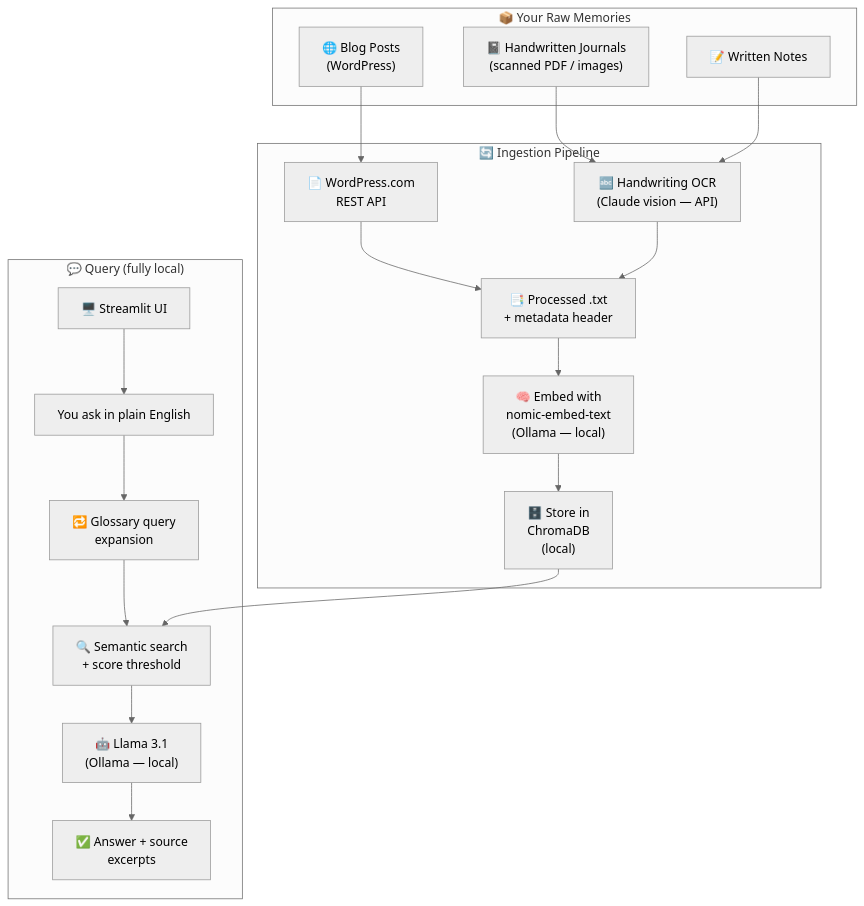
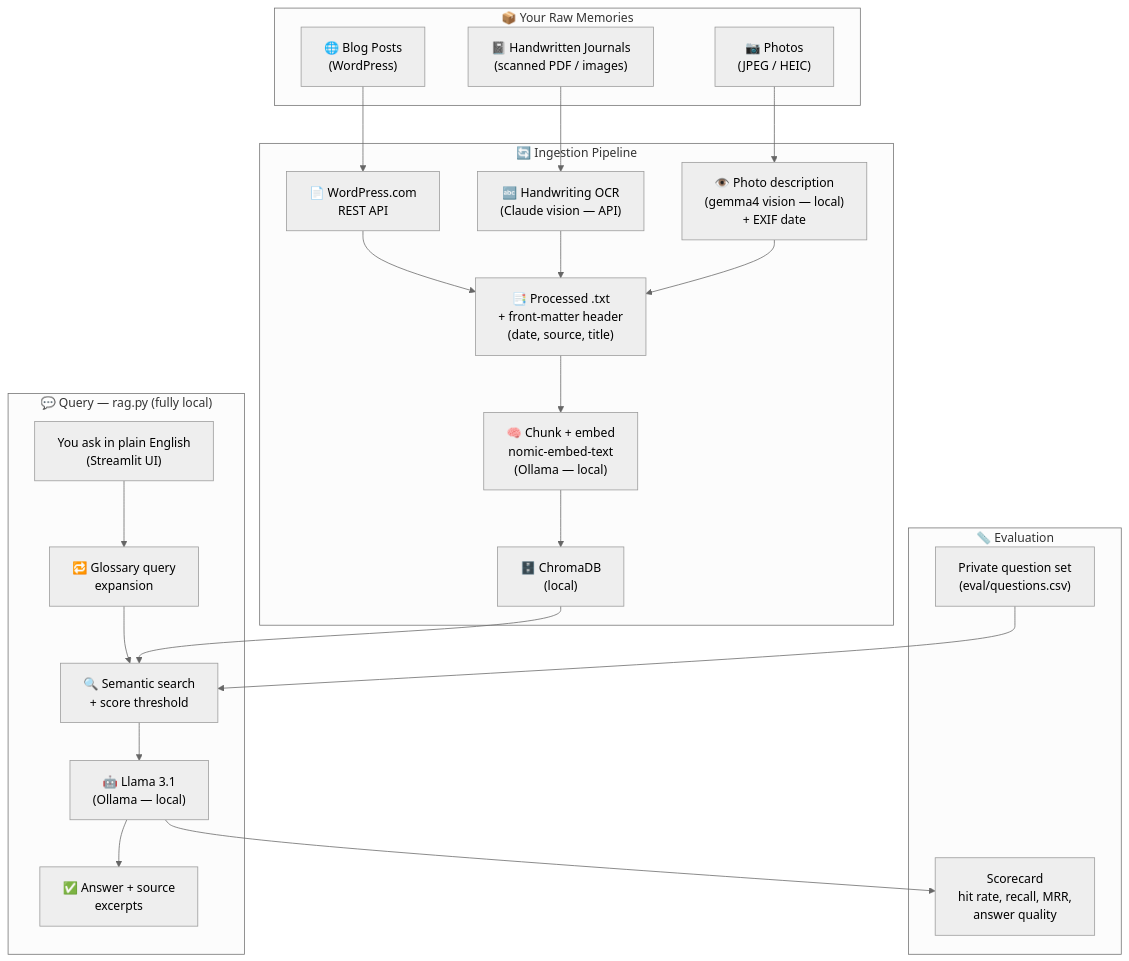
One commit to praveenkottayi/along-the-memory-lane changed the diagram in README.md. Above: the diagram before and after it, drawn with Mermaid (neutral theme). The commit also changed other lines of this file and 4 other files, not shown here.

````diff
--- a/README.md
+++ b/README.md
@@ -14,33 +14,41 @@
 ```mermaid
 flowchart TD
     subgraph INPUT["📦 Your Raw Memories"]
         J["📓 Handwritten Journals\n(scanned PDF / images)"]
         B["🌐 Blog Posts\n(WordPress)"]
-        N["📝 Written Notes"]
+        P["📷 Photos\n(JPEG / HEIC)"]
     end
 
     subgraph INGEST["🔄 Ingestion Pipeline"]
         WP["📄 WordPress.com\nREST API"]
         OCR["🔤 Handwriting OCR\n(Claude vision — API)"]
-        TXT["📑 Processed .txt\n+ metadata header"]
-        EMBED["🧠 Embed with\nnomic-embed-text\n(Ollama — local)"]
-        STORE["🗄️ Store in\nChromaDB\n(local)"]
+        VIS["👁️ Photo description\n(gemma4 vision — local)\n+ EXIF date"]
+        TXT["📑 Processed .txt\n+ front-matter header\n(date, source, title)"]
+        EMBED["🧠 Chunk + embed\nnomic-embed-text\n(Ollama — local)"]
+        STORE["🗄️ ChromaDB\n(local)"]
     end
 
-    subgraph QUERY["💬 Query (fully local)"]
-        UI["🖥️ Streamlit UI"]
-        Q["You ask in plain English"]
+    subgraph QUERY["💬 Query — rag.py (fully local)"]
+        Q["You ask in plain English\n(Streamlit UI)"]
         EXP["🔁 Glossary query\nexpansion"]
         RETRIEVE["🔍 Semantic search\n+ score threshold"]
         LLM["🤖 Llama 3.1\n(Ollama — local)"]
         ANS["✅ Answer + source\nexcerpts"]
     end
 
+    subgraph EVAL["📏 Evaluation"]
+        QS["Private question set\n(eval/questions.csv)"]
+        SC["Scorecard\nhit rate, recall, MRR,\nanswer quality"]
+    end
+
     B --> WP --> TXT
     J --> OCR --> TXT
-    N --> OCR
+    P --> VIS --> TXT
     TXT --> EMBED --> STORE
 
-    UI --> Q --> EXP --> RETRIEVE
+    Q --> EXP --> RETRIEVE
     STORE --> RETRIEVE --> LLM --> ANS
+
+    QS --> RETRIEVE
+    LLM --> SC
 ```
````
